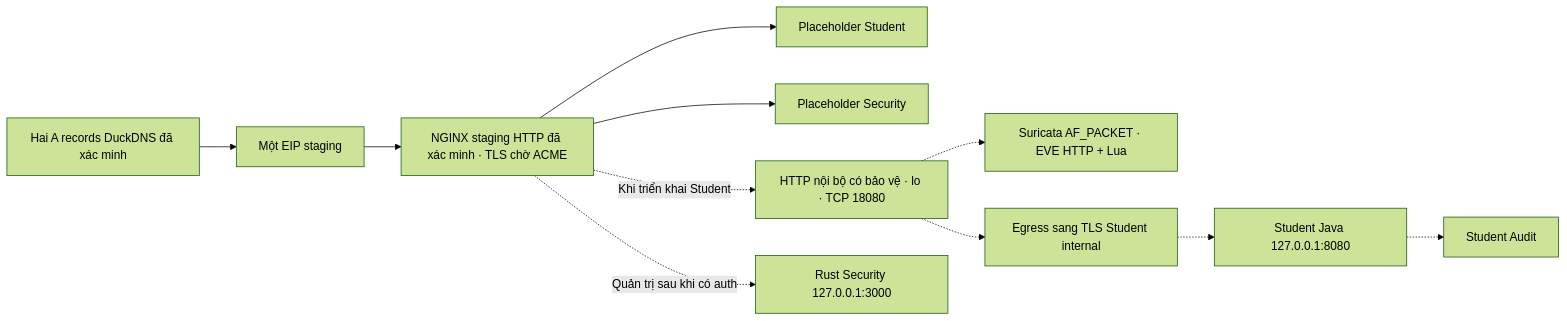
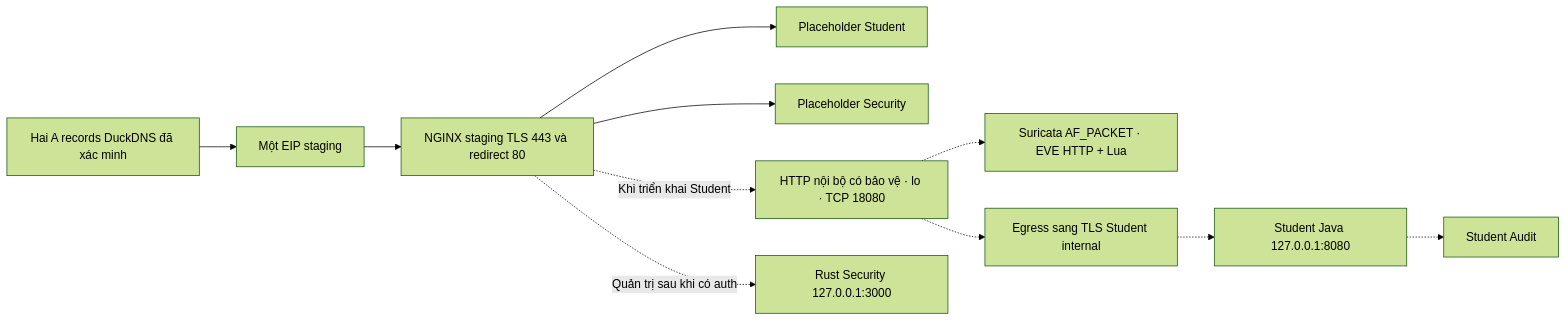
The diagram in docs/131_T09_R46_AWS_WEB_INFRASTRUCTURE_SETUP.md (vuong-quoc-trung/idps-web-aws), drawn with Mermaid (forest theme) before and after one commit. The commit also changed other lines of this file and 1 other file, not shown here.

````diff
--- a/docs/131_T09_R46_AWS_WEB_INFRASTRUCTURE_SETUP.md
+++ b/docs/131_T09_R46_AWS_WEB_INFRASTRUCTURE_SETUP.md
@@ -27,13 +27,13 @@
 ```mermaid
 flowchart LR
     dogs["Hai A records DuckDNS đã xác minh"] --> eip["Một EIP staging"]
-    eip --> edge["NGINX staging HTTP đã xác minh · TLS chờ ACME"]
+    eip --> edge["NGINX staging TLS 443 và redirect 80"]
     edge --> stub1["Placeholder Student"]
     edge --> stub2["Placeholder Security"]
     edge -.->|"Khi triển khai Student"| leg["HTTP nội bộ có bảo vệ · lo · TCP 18080"]
     leg -.-> sensor["Suricata AF_PACKET · EVE HTTP + Lua"]
     leg -.-> origin["Egress sang TLS Student internal"]
     origin -.-> api["Student Java 127.0.0.1:8080"]
     api -.-> audit["Student Audit"]
     edge -.->|"Quản trị sau khi có auth"| rust["Rust Security 127.0.0.1:3000"]
 ```
````
